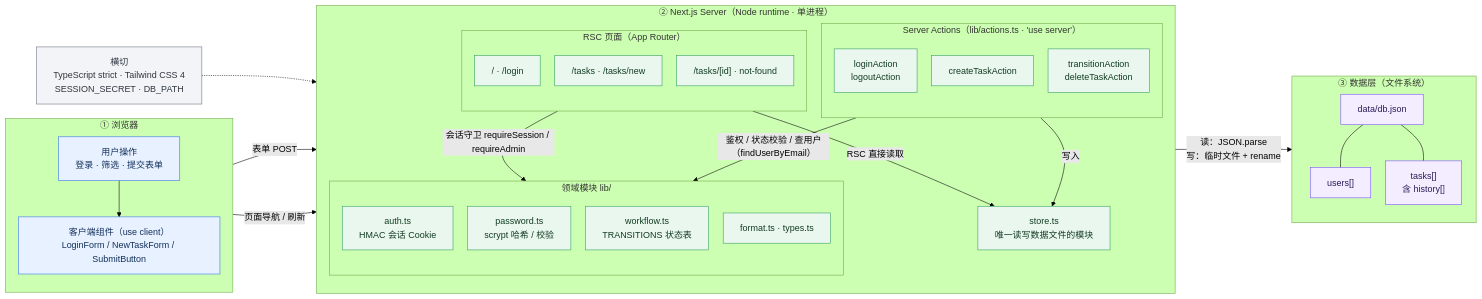
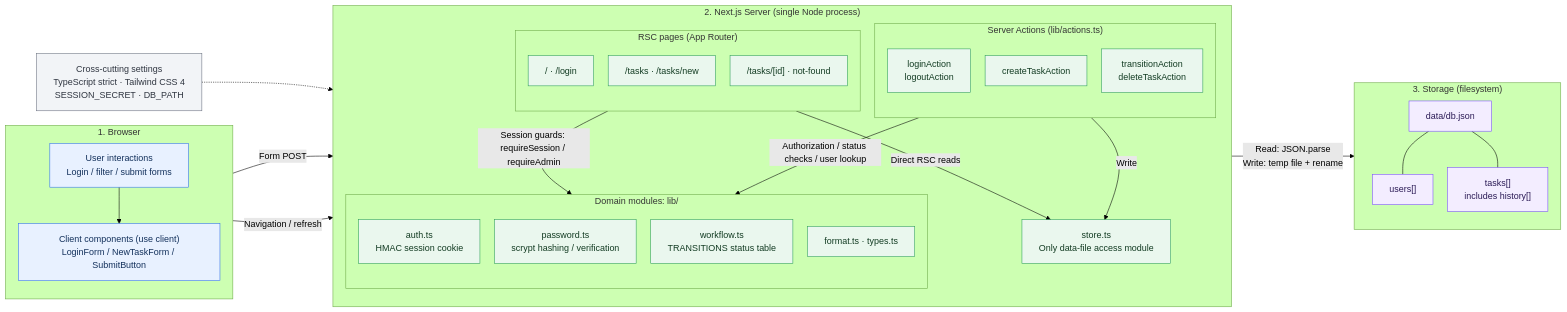
The diagram in docs/diagrams/src/01-system-architecture.mmd (yiyumeng233-wq/Task-manager), drawn with Mermaid (forest theme) before and after one commit. The commit also changed 39 other files, not shown here.

Commit message:
docs: translate Chinese comments and architecture assets into English

```diff
--- a/docs/diagrams/src/01-system-architecture.mmd
+++ b/docs/diagrams/src/01-system-architecture.mmd
@@ -1,60 +1,60 @@
 %%{init: {"flowchart": {"wrappingWidth": 300, "nodeSpacing": 26, "rankSpacing": 40}}}%%
 flowchart LR
-    subgraph CLIENT["① 浏览器"]
+    subgraph CLIENT["1. Browser"]
         direction TB
-        UI1["用户操作<br/>登录 · 筛选 · 提交表单"]
-        UI2["客户端组件（use client）<br/>LoginForm / NewTaskForm / SubmitButton"]
+        UI1["User interactions<br/>Login / filter / submit forms"]
+        UI2["Client components (use client)<br/>LoginForm / NewTaskForm / SubmitButton"]
     end
 
-    subgraph SERVER["② Next.js Server（Node runtime · 单进程）"]
+    subgraph SERVER["2. Next.js Server (single Node process)"]
         direction TB
-        subgraph PAGE["RSC 页面（App Router）"]
+        subgraph PAGE["RSC pages (App Router)"]
             direction TB
             PG1["/ · /login"]
             PG2["/tasks · /tasks/new"]
             PG3["/tasks/[id] · not-found"]
         end
-        subgraph ACTION["Server Actions（lib/actions.ts · 'use server'）"]
+        subgraph ACTION["Server Actions (lib/actions.ts)"]
             direction TB
             AC1["loginAction<br/>logoutAction"]
             AC2["createTaskAction"]
             AC3["transitionAction<br/>deleteTaskAction"]
         end
-        subgraph DOMAIN["领域模块 lib/"]
+        subgraph DOMAIN["Domain modules: lib/"]
             direction TB
-            DM1["auth.ts<br/>HMAC 会话 Cookie"]
-            DM2["password.ts<br/>scrypt 哈希 / 校验"]
-            DM3["workflow.ts<br/>TRANSITIONS 状态表"]
+            DM1["auth.ts<br/>HMAC session cookie"]
+            DM2["password.ts<br/>scrypt hashing / verification"]
+            DM3["workflow.ts<br/>TRANSITIONS status table"]
             DM4["format.ts · types.ts"]
         end
-        STORE["store.ts<br/>唯一读写数据文件的模块"]
+        STORE["store.ts<br/>Only data-file access module"]
     end
 
-    subgraph DATA["③ 数据层（文件系统）"]
+    subgraph DATA["3. Storage (filesystem)"]
         direction TB
         JSON["data/db.json"]
         U["users[]"]
-        T["tasks[]<br/>含 history[]"]
+        T["tasks[]<br/>includes history[]"]
     end
 
-    CROSS["横切<br/>TypeScript strict · Tailwind CSS 4<br/>SESSION_SECRET · DB_PATH"]
+    CROSS["Cross-cutting settings<br/>TypeScript strict · Tailwind CSS 4<br/>SESSION_SECRET · DB_PATH"]
 
     UI1 --> UI2
-    UI2 -->|"表单 POST"| ACTION
-    UI1 -->|"页面导航 / 刷新"| PAGE
-    PAGE -->|"会话守卫 requireSession / requireAdmin"| DM1
-    PAGE -->|"RSC 直接读取"| STORE
-    ACTION -->|"鉴权 / 状态校验 / 查用户（findUserByEmail）"| DOMAIN
-    ACTION -->|"写入"| STORE
-    STORE -->|"读：JSON.parse<br/>写：临时文件 + rename"| JSON
+    UI2 -->|"Form POST"| ACTION
+    UI1 -->|"Navigation / refresh"| PAGE
+    PAGE -->|"Session guards: requireSession / requireAdmin"| DM1
+    PAGE -->|"Direct RSC reads"| STORE
+    ACTION -->|"Authorization / status checks / user lookup"| DOMAIN
+    ACTION -->|"Write"| STORE
+    STORE -->|"Read: JSON.parse<br/>Write: temp file + rename"| JSON
     JSON --- U
     JSON --- T
     CROSS -.-> SERVER
     classDef client fill:#E8F1FF,stroke:#2F6FED,color:#12305B
     classDef server fill:#EAF7EE,stroke:#2E9E5B,color:#123B22
     classDef data fill:#F3EDFF,stroke:#7C4DFF,color:#2A1A55
     classDef cross fill:#F2F4F7,stroke:#6B7280,color:#2F3540
     class UI1,UI2 client
     class PG1,PG2,PG3,AC1,AC2,AC3,DM1,DM2,DM3,DM4,STORE server
     class JSON,U,T data
     class CROSS cross
```
